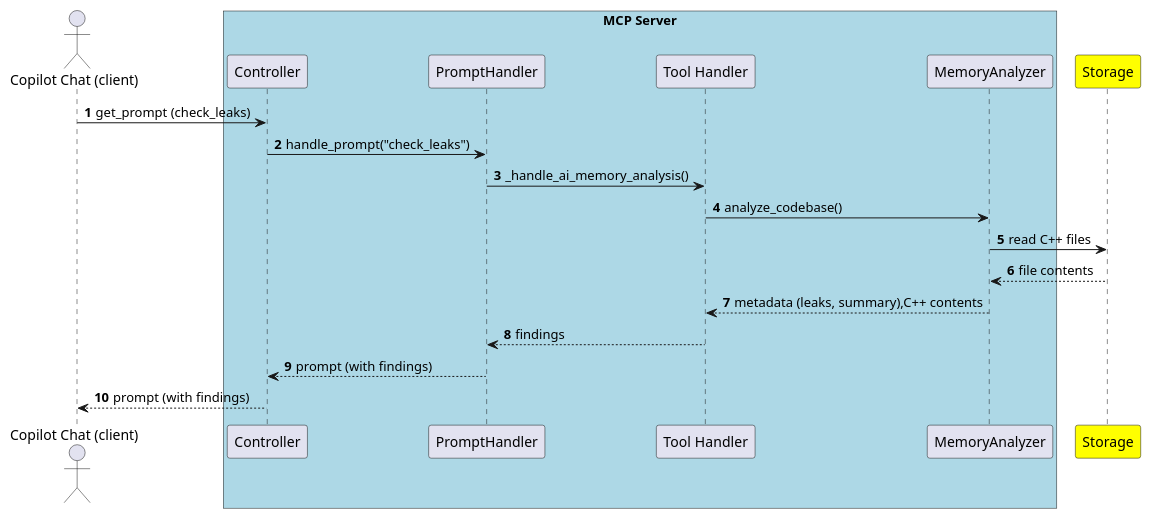
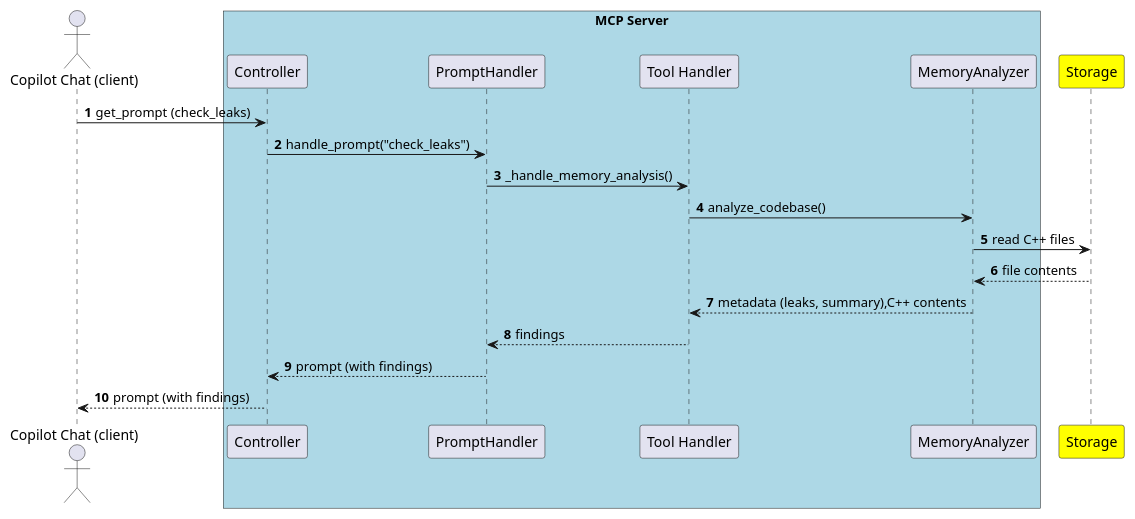
The diagram in deepl/mcp_server/doc/mcp_prompt_check_leaks_sequence_simple.puml (taikt/codefun), drawn with PlantUML before and after one commit. The commit also changed 4 other files, not shown here.

```diff
--- a/deepl/mcp_server/doc/mcp_prompt_check_leaks_sequence_simple.puml
+++ b/deepl/mcp_server/doc/mcp_prompt_check_leaks_sequence_simple.puml
@@ -1,22 +1,22 @@
 @startuml
 actor "Copilot Chat (client)" as copilot
 box "MCP Server" #LightBlue
   participant "Controller" as controller
   participant "PromptHandler" as promptHandler
   participant "Tool Handler" as toolHandler
   participant "MemoryAnalyzer" as memoryAnalyzer
 end box
 participant "Storage" as storage #yellow
 
 autonumber
 copilot -> controller : get_prompt (check_leaks)
 controller -> promptHandler : handle_prompt("check_leaks")
-promptHandler -> toolHandler : _handle_ai_memory_analysis()
+promptHandler -> toolHandler : _handle_memory_analysis()
 toolHandler -> memoryAnalyzer : analyze_codebase()
 memoryAnalyzer -> storage : read C++ files
 storage --> memoryAnalyzer : file contents
 memoryAnalyzer --> toolHandler : metadata (leaks, summary),C++ contents
 toolHandler --> promptHandler : findings
 promptHandler --> controller : prompt (with findings)
 controller --> copilot : prompt (with findings)
 @enduml
```
